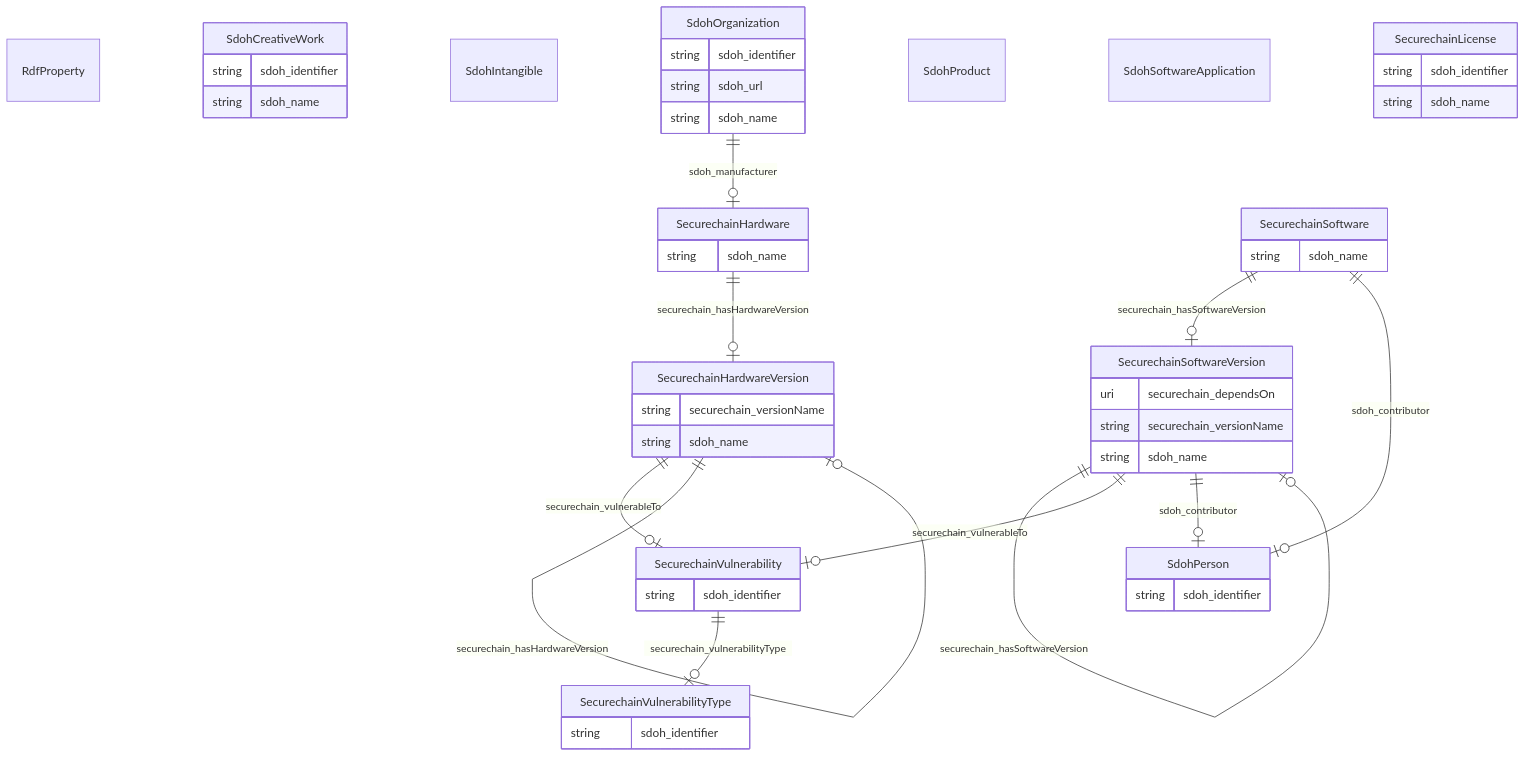
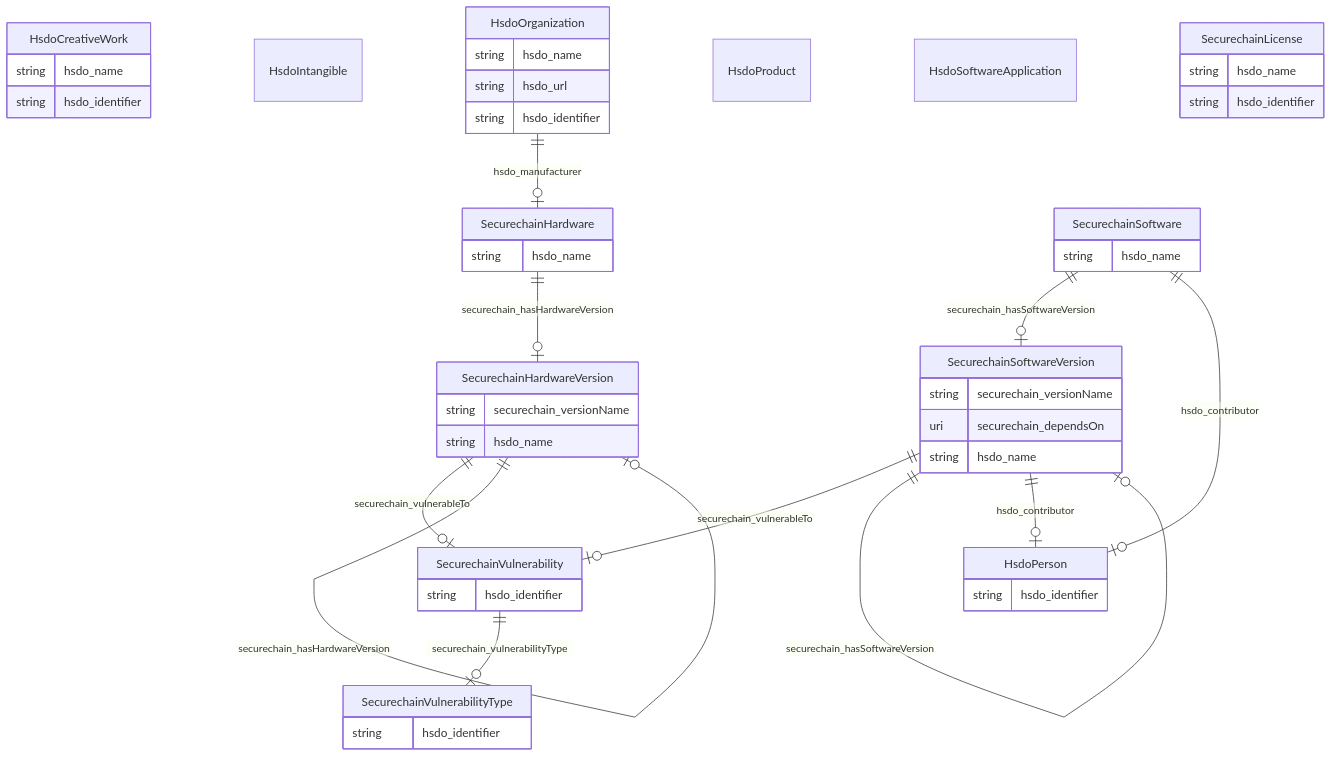
One commit to frink-okn/graph-descriptions changed the diagram in secure-chain-kg/README.md. Above: the diagram before and after it, drawn with Mermaid. The commit also changed other lines of this file and 45 other files, not shown here.

````diff
--- a/secure-chain-kg/README.md
+++ b/secure-chain-kg/README.md
@@ -13,65 +9,62 @@
 ```mermaid
 erDiagram
-RdfProperty {
+HsdoCreativeWork {
+    string hsdo_name  
+    string hsdo_identifier  
+}
+HsdoIntangible {
 
 }
-SdohCreativeWork {
-    string sdoh_identifier  
-    string sdoh_name  
+HsdoOrganization {
+    string hsdo_name  
+    string hsdo_url  
+    string hsdo_identifier  
 }
-SdohIntangible {
+HsdoPerson {
+    string hsdo_identifier  
+}
+HsdoProduct {
 
 }
-SdohOrganization {
-    string sdoh_identifier  
-    string sdoh_url  
-    string sdoh_name  
-}
-SdohPerson {
-    string sdoh_identifier  
-}
-SdohProduct {
-
-}
-SdohSoftwareApplication {
+HsdoSoftwareApplication {
 
 }
 SecurechainHardware {
-    string sdoh_name  
+    string hsdo_name  
 }
 SecurechainHardwareVersion {
     string securechain_versionName  
-    string sdoh_name  
+    string hsdo_name  
 }
 SecurechainLicense {
-    string sdoh_identifier  
-    string sdoh_name  
+    string hsdo_name  
+    string hsdo_identifier  
 }
 SecurechainSoftware {
-    string sdoh_name  
+    string hsdo_name  
 }
 SecurechainSoftwareVersion {
+    string securechain_versionName  
     uri securechain_dependsOn  
-    string securechain_versionName  
-    string sdoh_name  
+    string hsdo_name  
 }
 SecurechainVulnerability {
-    string sdoh_identifier  
+    string hsdo_identifier  
 }
 SecurechainVulnerabilityType {
-    string sdoh_identifier  
+    string hsdo_identifier  
 }
 
-SdohOrganization ||--|o SecurechainHardware : "sdoh_manufacturer"
+HsdoOrganization ||--|o SecurechainHardware : "hsdo_manufacturer"
 SecurechainHardware ||--|o SecurechainHardwareVersion : "securechain_hasHardwareVersion"
 SecurechainHardwareVersion ||--|o SecurechainVulnerability : "securechain_vulnerableTo"
 SecurechainHardwareVersion ||--|o SecurechainHardwareVersion : "securechain_hasHardwareVersion"
 SecurechainSoftware ||--|o SecurechainSoftwareVersion : "securechain_hasSoftwareVersion"
-SecurechainSoftware ||--|o SdohPerson : "sdoh_contributor"
+SecurechainSoftware ||--|o HsdoPerson : "hsdo_contributor"
+SecurechainSoftwareVersion ||--|o SecurechainVulnerability : "securechain_vulnerableTo"
 SecurechainSoftwareVersion ||--|o SecurechainSoftwareVersion : "securechain_dependsOn"
-SecurechainSoftwareVersion ||--|o SecurechainVulnerability : "securechain_vulnerableTo"
 SecurechainSoftwareVersion ||--|o SecurechainSoftwareVersion : "securechain_hasSoftwareVersion"
-SecurechainSoftwareVersion ||--|o SdohPerson : "sdoh_contributor"
+SecurechainSoftwareVersion ||--|o HsdoPerson : "hsdo_contributor"
 SecurechainVulnerability ||--|o SecurechainVulnerabilityType : "securechain_vulnerabilityType"
 
 ```
````
